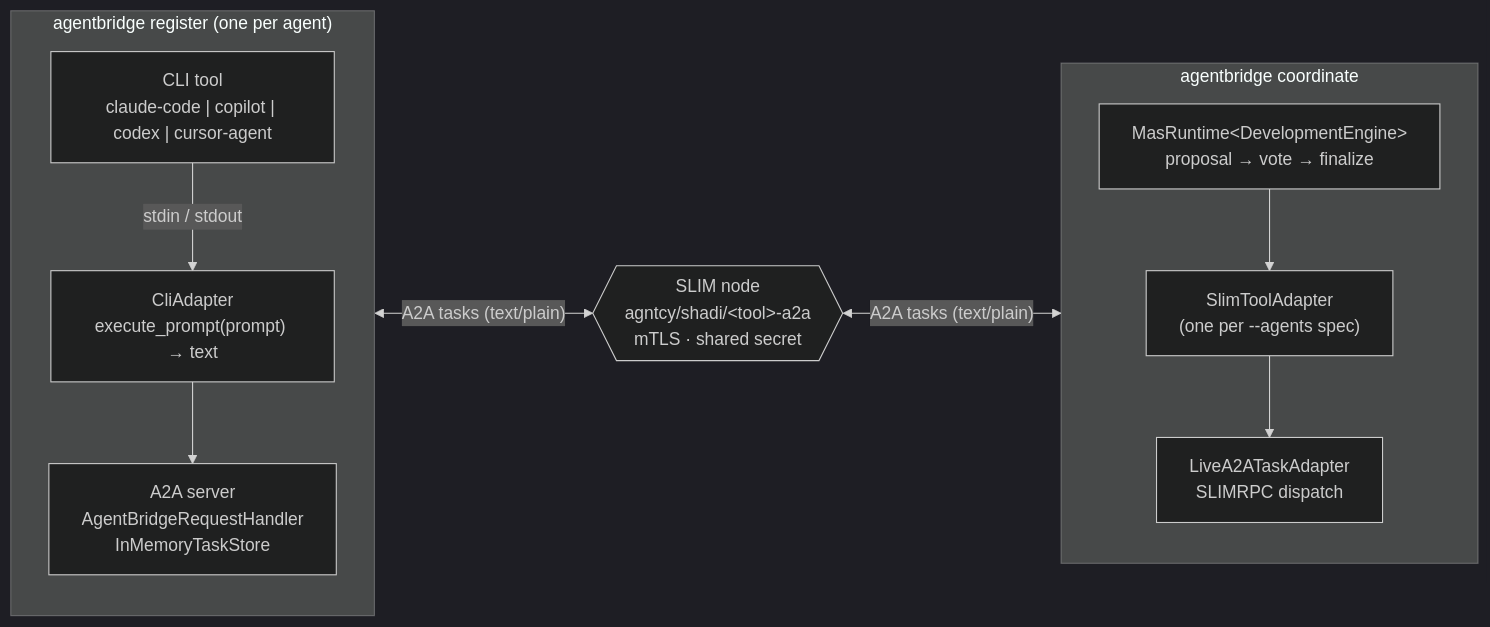
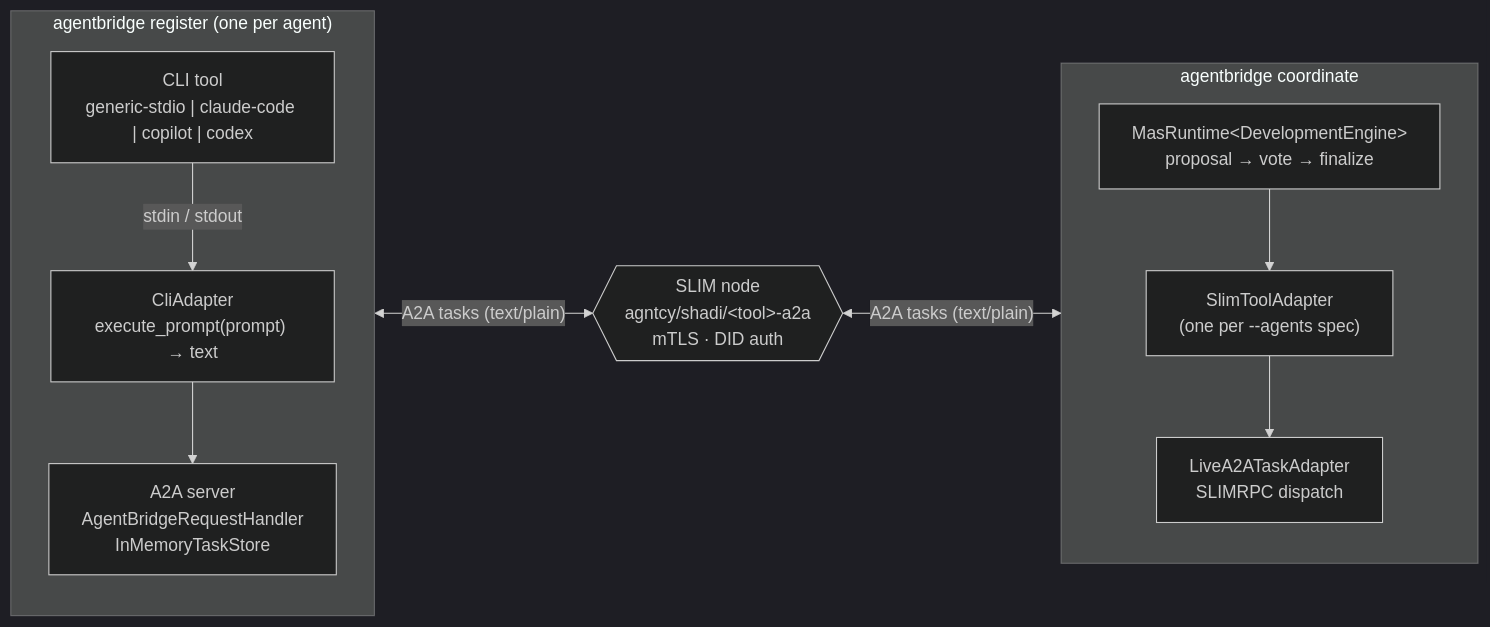
Before and after one commit to agntcy/shadi: the first of 3 diagrams in docs/content/agentbridge.md, drawn with Mermaid (dark theme). The commit also changed other lines of this file and 11 other files, not shown here.

````diff
--- a/docs/content/agentbridge.md
+++ b/docs/content/agentbridge.md
@@ -29,23 +29,23 @@
 ```mermaid
 flowchart LR
   subgraph reg["agentbridge register  (one per agent)"]
     direction TB
-    tool["CLI tool\nclaude-code | copilot | codex | cursor-agent"]
+    tool["CLI tool\ngeneric-stdio | claude-code | copilot | codex"]
     ca["CliAdapter\nexecute_prompt(prompt) → text"]
     srv["A2A server\nAgentBridgeRequestHandler\nInMemoryTaskStore"]
     tool -- "stdin / stdout" --> ca --> srv
   end
 
-  slim{{"SLIM node\nagntcy/shadi/&lt;tool&gt;-a2a\nmTLS · shared secret"}}
+  slim{{"SLIM node\nagntcy/shadi/&lt;tool&gt;-a2a\nmTLS · DID auth"}}
 
   subgraph coord["agentbridge coordinate"]
     direction TB
     mas["MasRuntime&lt;DevelopmentEngine&gt;\nproposal → vote → finalize"]
     sta["SlimToolAdapter\n(one per --agents spec)"]
     laa["LiveA2ATaskAdapter\nSLIMRPC dispatch"]
     mas --> sta --> laa
   end
 
   srv <-- "A2A tasks  (text/plain)" --> slim
   slim <-- "A2A tasks  (text/plain)" --> laa
 ```
````
